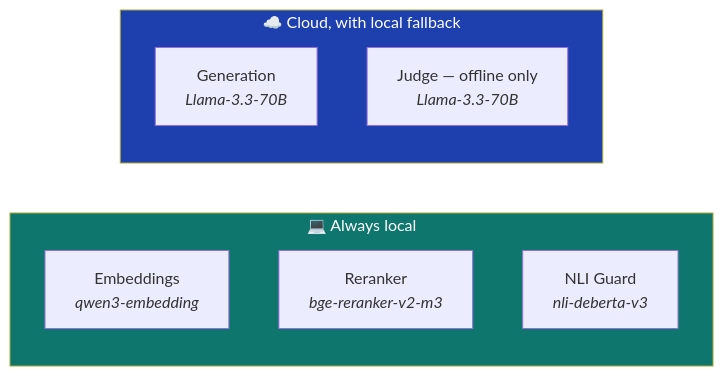
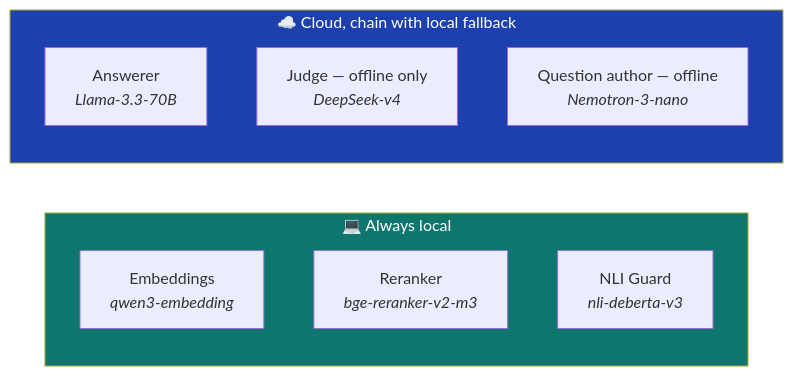
One commit to sairamsrujan/RepoMind changed the fourth of 5 diagrams in README.md. Above: the diagram before and after it, drawn with Mermaid. The commit also changed other lines of this file and 22 other files, not shown here.

````diff
--- a/README.md
+++ b/README.md
@@ -342,14 +408,15 @@
 ```mermaid
 flowchart LR
     subgraph LOCAL["💻 Always local"]
         E["Embeddings<br/><i>qwen3-embedding</i>"]
         R["Reranker<br/><i>bge-reranker-v2-m3</i>"]
         N["NLI Guard<br/><i>nli-deberta-v3</i>"]
     end
-    subgraph SWAP["☁️ Cloud, with local fallback"]
-        G["Generation<br/><i>Llama-3.3-70B</i>"]
-        J["Judge — offline only<br/><i>Llama-3.3-70B</i>"]
+    subgraph SWAP["☁️ Cloud, chain with local fallback"]
+        G["Answerer<br/><i>Llama-3.3-70B</i>"]
+        J["Judge — offline only<br/><i>DeepSeek-v4</i>"]
+        Q["Question author — offline<br/><i>Nemotron-3-nano</i>"]
     end
     style LOCAL fill:#0f766e,color:#fff
     style SWAP fill:#1e40af,color:#fff
 ```
````
